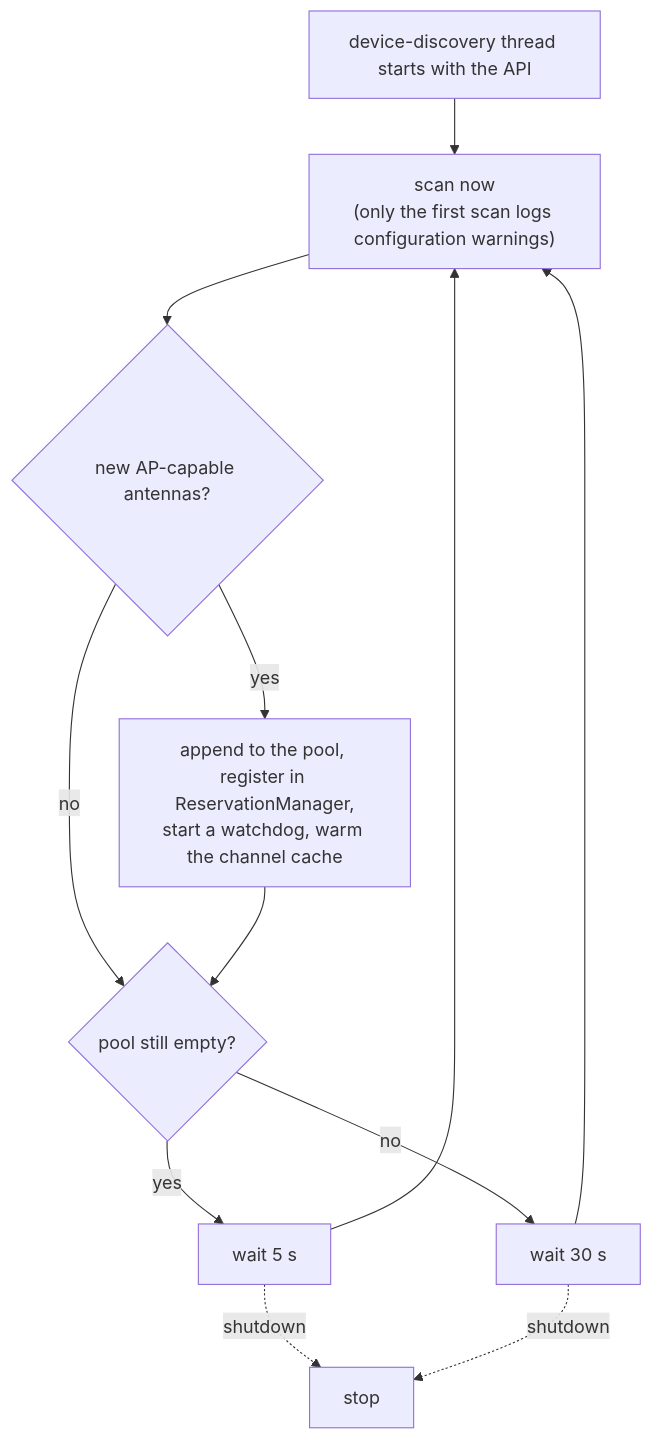
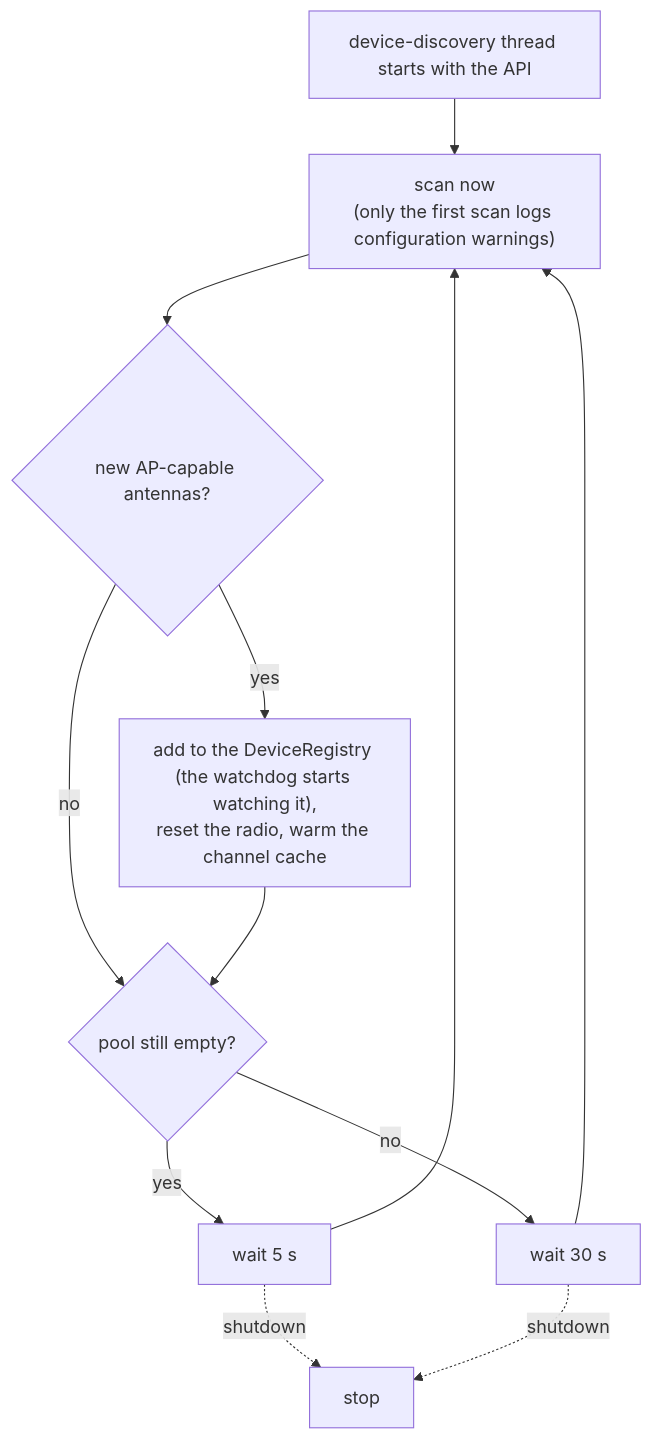
One commit to caporalesimone/wi-lab changed the third of 15 diagrams in docs/architecture.md. Above: the diagram before and after it, drawn with Mermaid. The commit also changed other lines of this file and 1 other file, not shown here.

Commit message:
docs: DeviceRegistry in architecture and changelog (ARCH-4)

````diff
--- a/docs/architecture.md
+++ b/docs/architecture.md
@@ -182,14 +195,14 @@
 ```mermaid
 flowchart TD
     S["device-discovery thread starts with the API"] --> SC["scan now<br/>(only the first scan logs configuration warnings)"]
     SC --> A{"new AP-capable antennas?"}
-    A -->|yes| ADD["append to the pool, register in ReservationManager,<br/>start a watchdog, warm the channel cache"]
+    A -->|yes| ADD["add to the DeviceRegistry (the watchdog starts watching it),<br/>reset the radio, warm the channel cache"]
     A -->|no| N
     ADD --> N{"pool still empty?"}
     N -->|yes| F["wait 5 s"]
     N -->|no| SL["wait 30 s"]
     F --> SC
     SL --> SC
     F -.->|shutdown| X["stop"]
     SL -.->|shutdown| X
 ```
````
